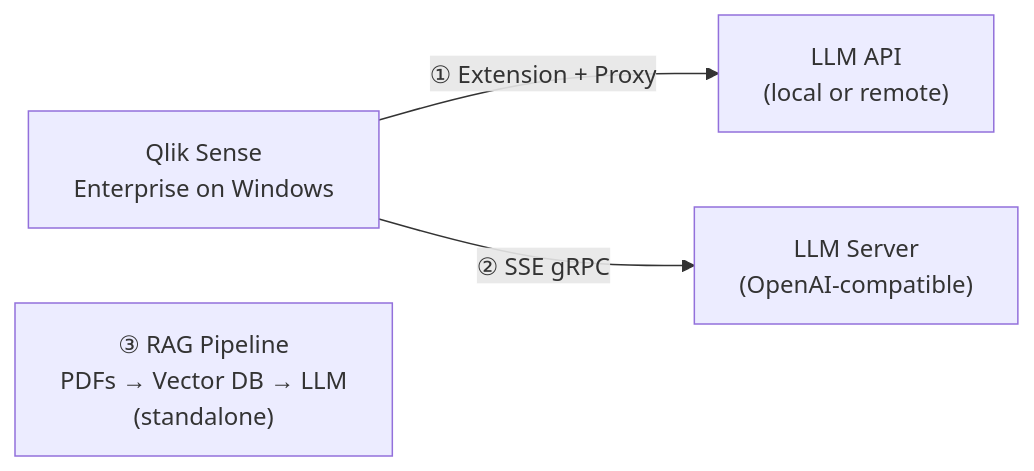
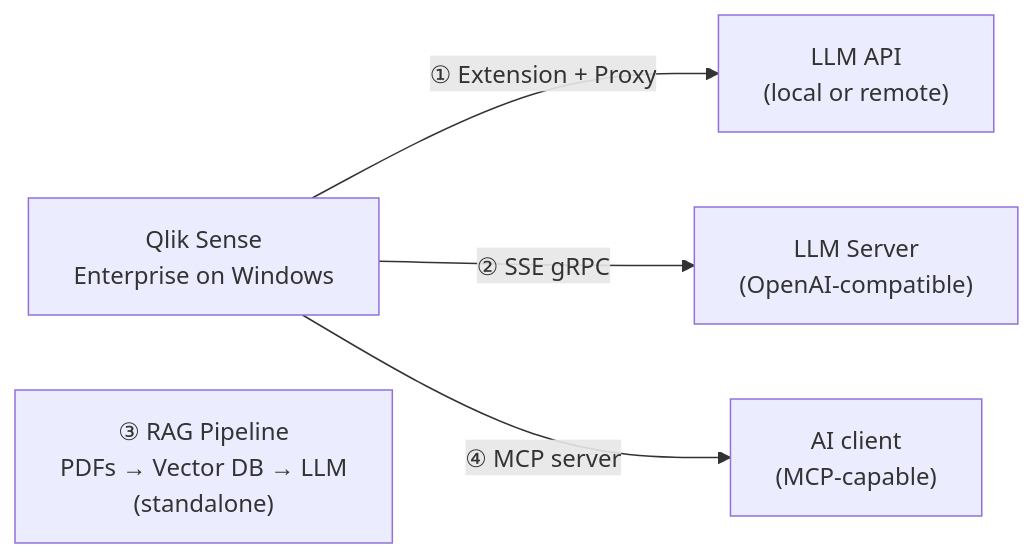
One commit to mabaeyens/qlik-sense-local-llm changed the diagram in README.md. Above: the diagram before and after it, drawn with Mermaid. The commit also changed other lines of this file and 1 other file, not shown here.

First line of the commit message:
docs: add Pattern 4, an AI client on Qlik Sense via MCP

````diff
--- a/README.md
+++ b/README.md
@@ -35,9 +36,10 @@
 ```mermaid
 graph LR
     QS["Qlik Sense\nEnterprise on Windows"]
 
     QS -->|"① Extension + Proxy"| P1["LLM API\n(local or remote)"]
     QS -->|"② SSE gRPC"| P2["LLM Server\n(OpenAI-compatible)"]
+    QS -->|"④ MCP server"| P4["AI client\n(MCP-capable)"]
 
     P3["③ RAG Pipeline\nPDFs → Vector DB → LLM\n(standalone)"]
 ```
````
